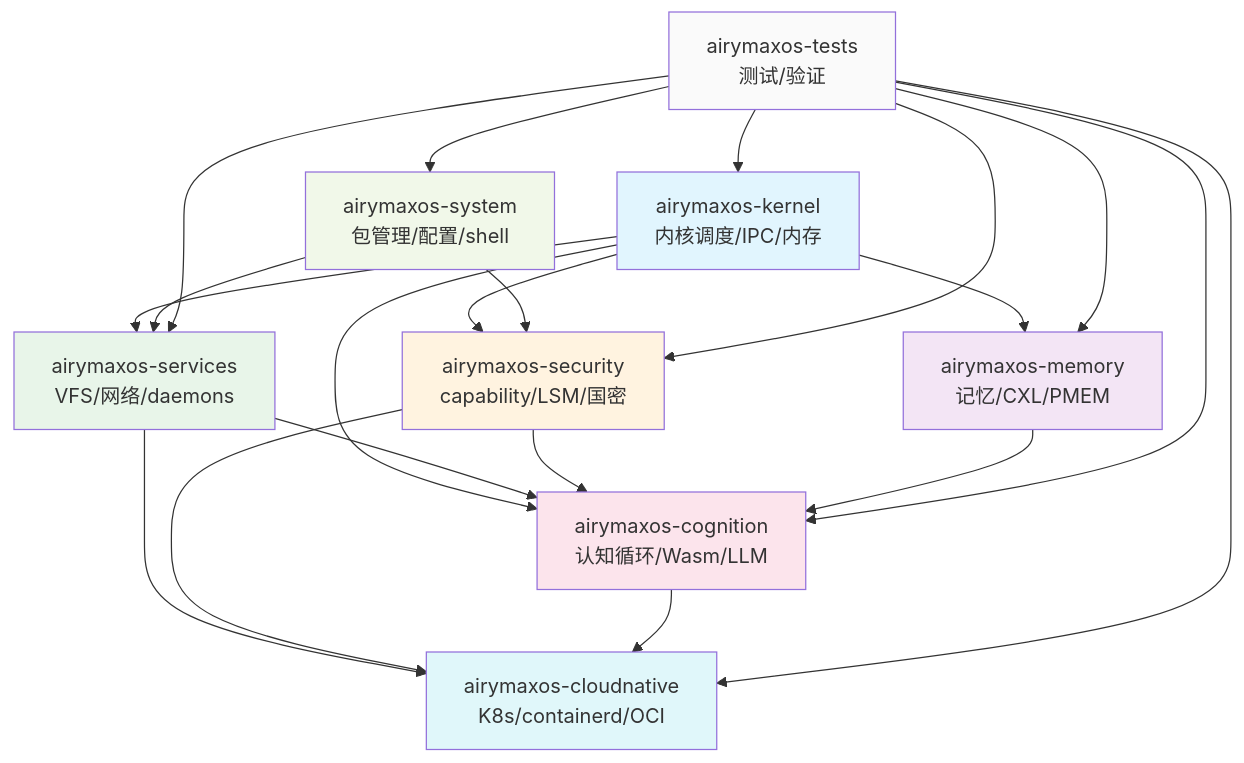
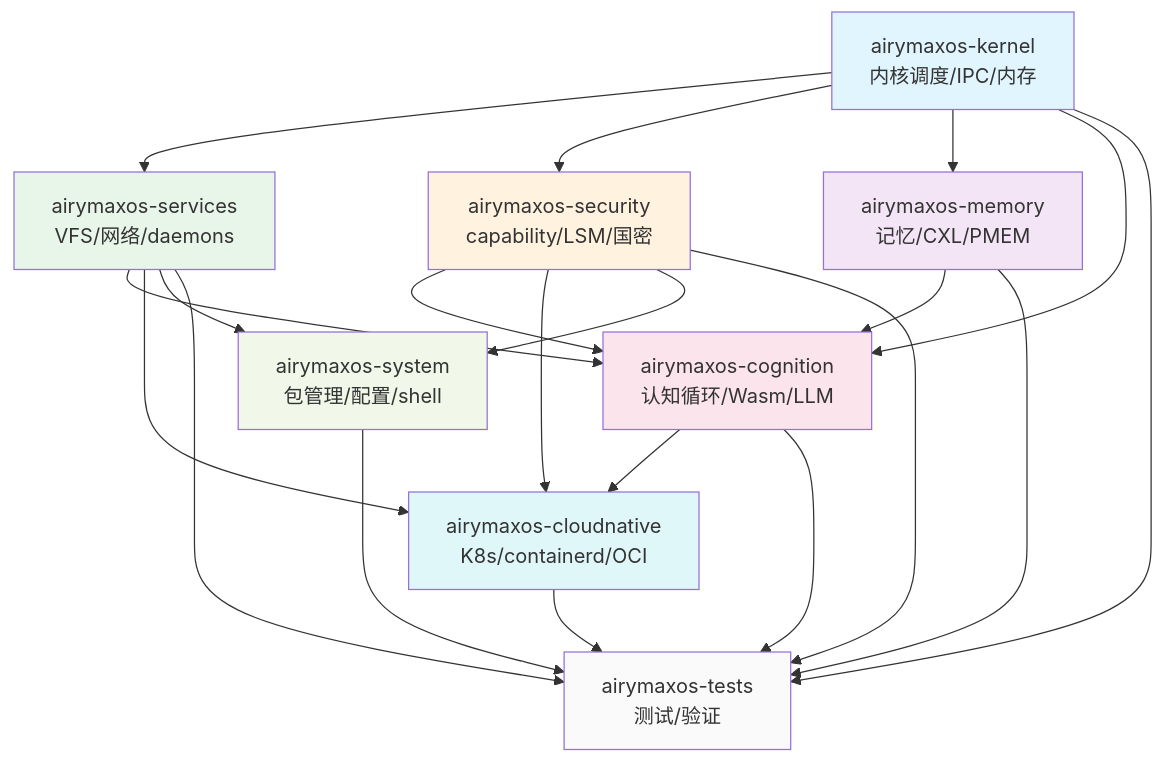
The first of 2 diagrams in AirymaxAgentOS/00-requirements/02-functional-requirements.md (openairymax/docs), drawn with Mermaid before and after one commit. The commit also changed other lines of this file and 99 other files, not shown here.

````diff
--- a/AirymaxAgentOS/00-requirements/02-functional-requirements.md
+++ b/AirymaxAgentOS/00-requirements/02-functional-requirements.md
@@ -195,40 +195,40 @@
 ```mermaid
 graph TB
     KERNEL[airymaxos-kernel<br/>内核调度/IPC/内存]
     SERVICES[airymaxos-services<br/>VFS/网络/daemons]
     SECURITY[airymaxos-security<br/>capability/LSM/国密]
     MEMORY[airymaxos-memory<br/>记忆/CXL/PMEM]
     COGNITION[airymaxos-cognition<br/>认知循环/Wasm/LLM]
     CLOUD[airymaxos-cloudnative<br/>K8s/containerd/OCI]
     SYSTEM[airymaxos-system<br/>包管理/配置/shell]
     TESTS[airymaxos-tests<br/>测试/验证]
 
     KERNEL --> SERVICES
     KERNEL --> SECURITY
     KERNEL --> MEMORY
     KERNEL --> COGNITION
     SERVICES --> COGNITION
     SERVICES --> CLOUD
     SECURITY --> COGNITION
     SECURITY --> CLOUD
     MEMORY --> COGNITION
     COGNITION --> CLOUD
-    SYSTEM --> SERVICES
-    SYSTEM --> SECURITY
-    TESTS --> KERNEL
-    TESTS --> SERVICES
-    TESTS --> SECURITY
-    TESTS --> MEMORY
-    TESTS --> COGNITION
-    TESTS --> CLOUD
-    TESTS --> SYSTEM
+    SERVICES --> SYSTEM
+    SECURITY --> SYSTEM
+    KERNEL --> TESTS
+    SERVICES --> TESTS
+    SECURITY --> TESTS
+    MEMORY --> TESTS
+    COGNITION --> TESTS
+    CLOUD --> TESTS
+    SYSTEM --> TESTS
 
     style KERNEL fill:#e1f5fe
     style SERVICES fill:#e8f5e9
     style SECURITY fill:#fff3e0
     style MEMORY fill:#f3e5f5
     style COGNITION fill:#fce4ec
     style CLOUD fill:#e0f7fa
     style SYSTEM fill:#f1f8e9
     style TESTS fill:#fafafa
 ```
````
